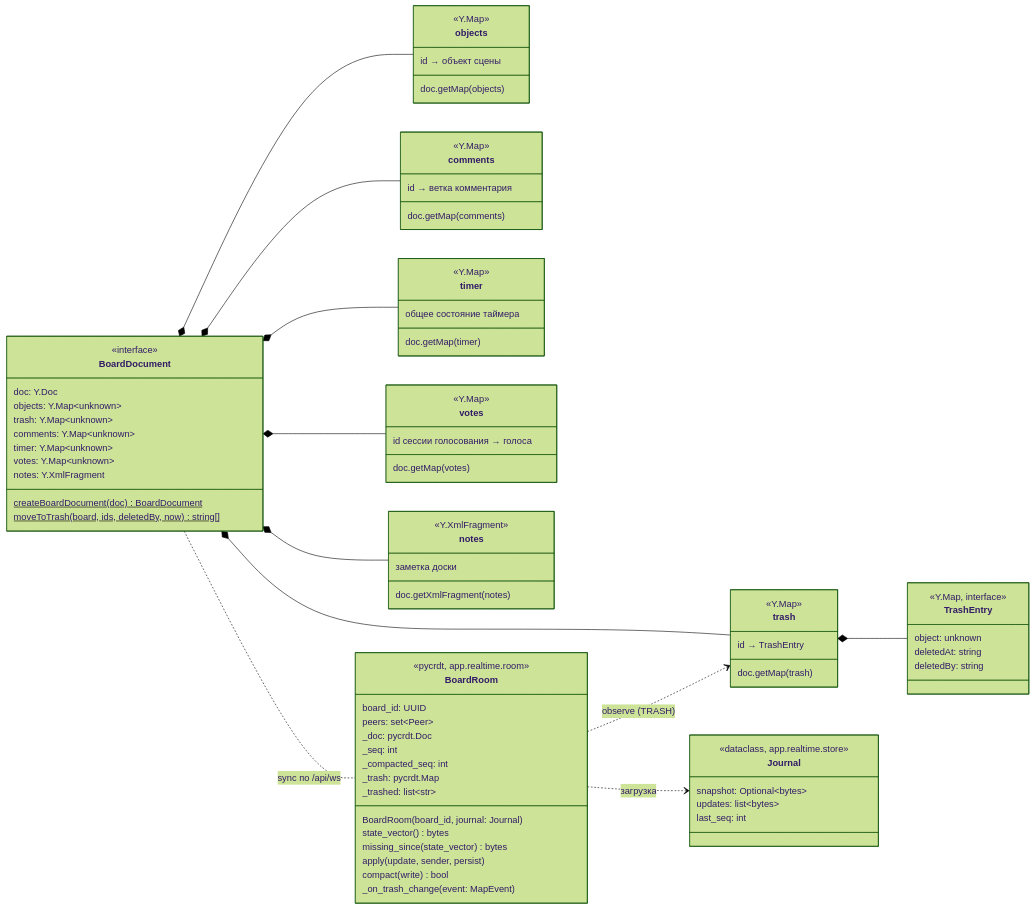
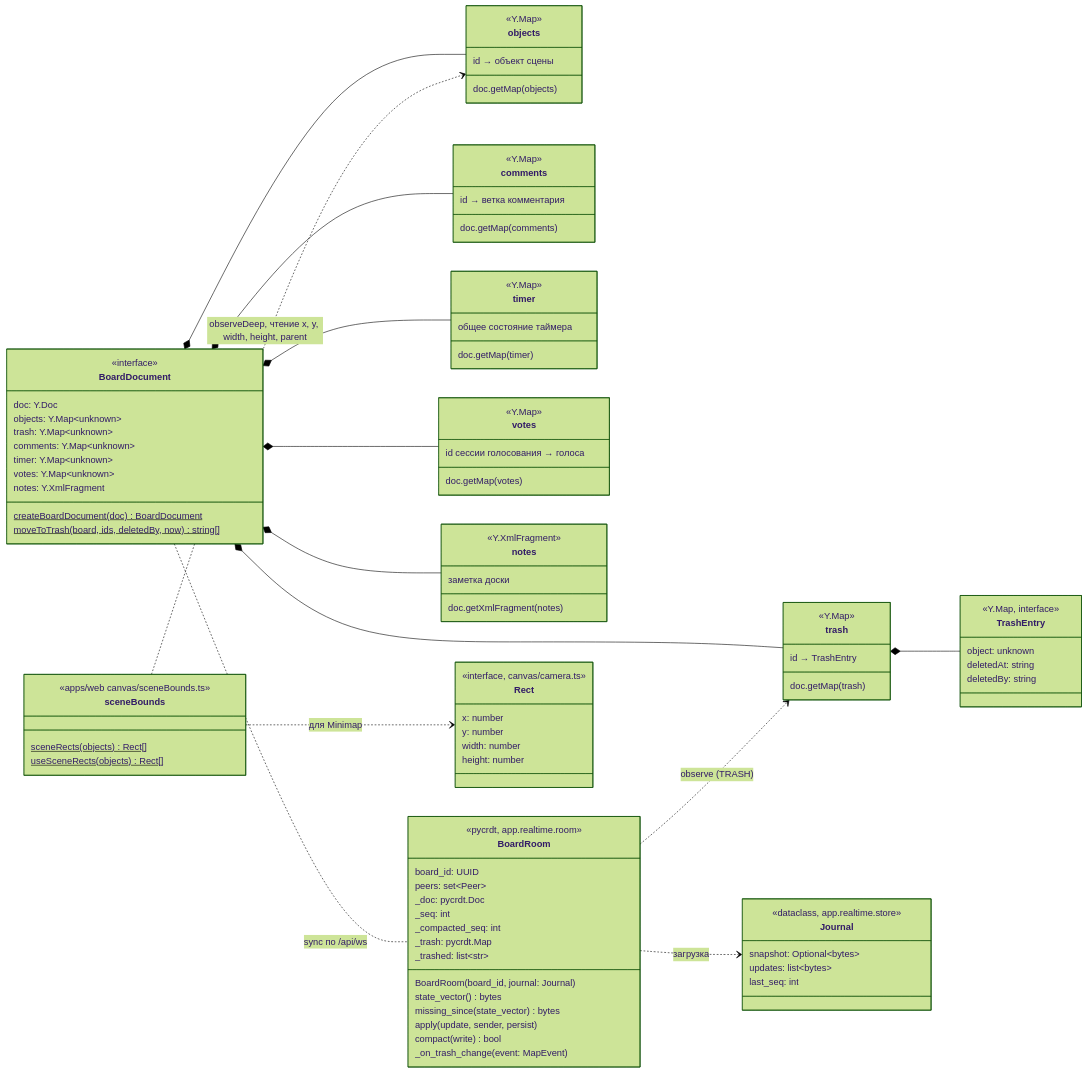
One commit to shumakove/myboard changed the diagram in uml/board-document.md. Above: the diagram before and after it, drawn with Mermaid (forest theme). The commit also changed other lines of this file and 5 other files, not shown here.

Commit message:
T5.1: Обновить UML-схемы камеры

````diff
--- a/uml/board-document.md
+++ b/uml/board-document.md
@@ -85,4 +85,18 @@
   BoardRoom ..> Journal : загрузка
   BoardRoom ..> trash : observe (TRASH)
   BoardDocument .. BoardRoom : sync по /api/ws
+  class sceneBounds {
+    <<apps/web canvas/sceneBounds.ts>>
+    sceneRects(objects) Rect[]$
+    useSceneRects(objects) Rect[]$
+  }
+  class Rect {
+    <<interface, canvas/camera.ts>>
+    x: number
+    y: number
+    width: number
+    height: number
+  }
+  sceneBounds ..> objects : observeDeep, чтение x, y, width, height, parent
+  sceneBounds ..> Rect : для Minimap
 ```
````
